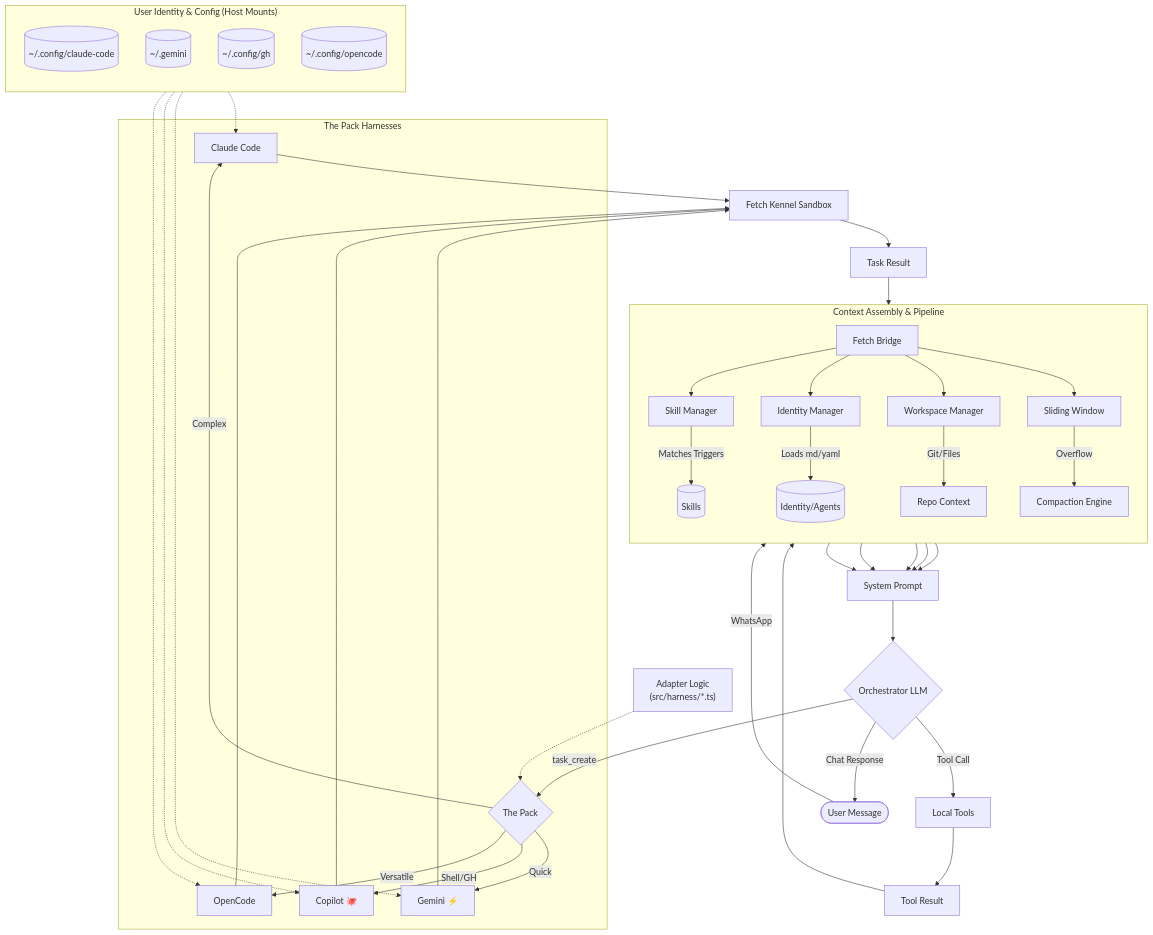
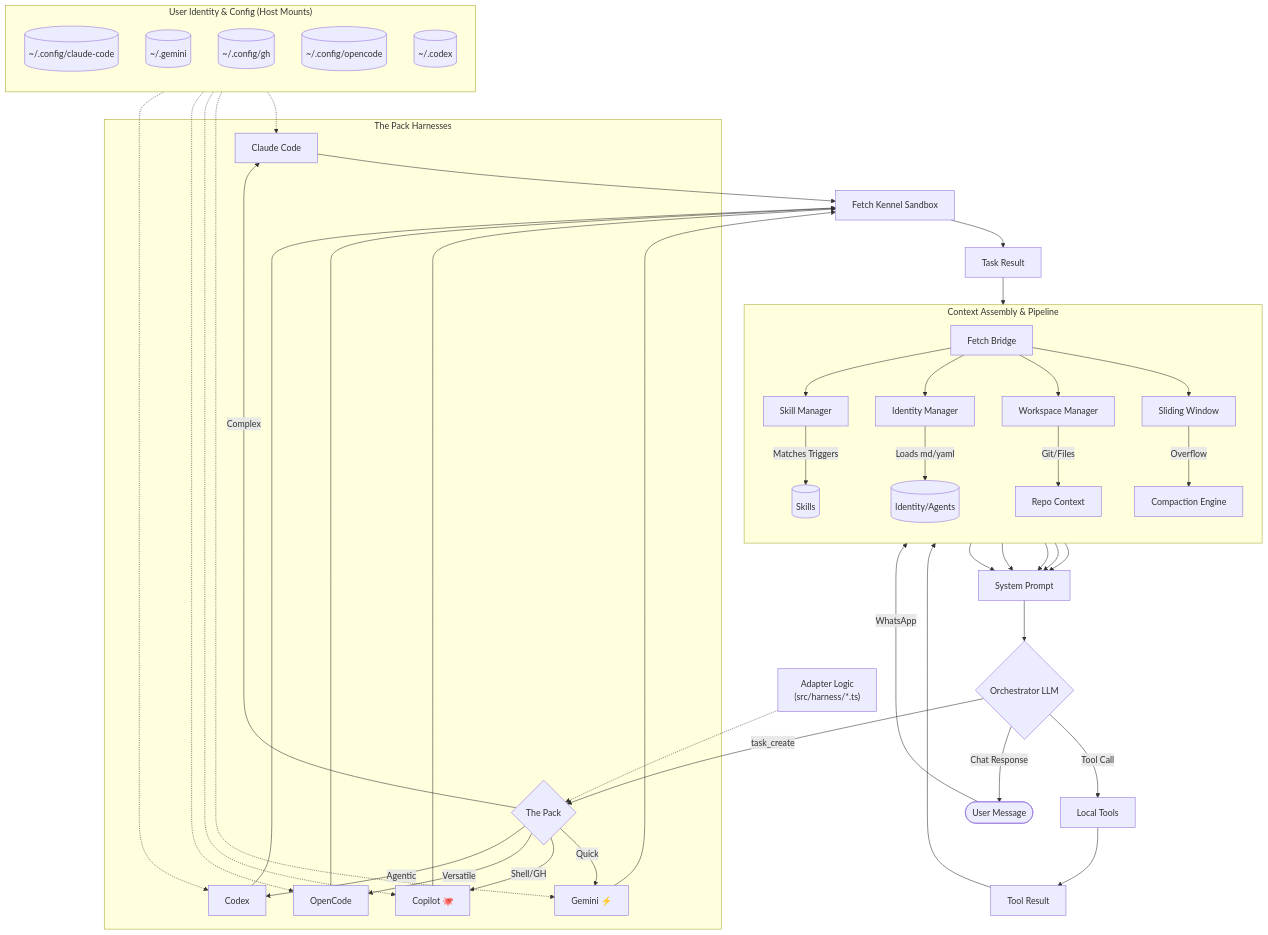
One commit to Traves-Theberge/Fetch changed the second of 3 diagrams in docs/markdown/ARCHITECTURE.md. Above: the diagram before and after it, drawn with Mermaid. The commit also changed other lines of this file and 28 other files, not shown here.

```diff
--- a/docs/markdown/ARCHITECTURE.md
+++ b/docs/markdown/ARCHITECTURE.md
@@ -92,6 +92,7 @@
         PackDecider -- Quick --> Gemini[Gemini ⚡]
         PackDecider -- Shell/GH --> Copilot[Copilot 🐙]
         PackDecider -- Versatile --> OpenCode[OpenCode]
+        PackDecider -- Agentic --> Codex[Codex]
     end
 
     %% Execution Sandbox
@@ -99,6 +100,7 @@
     Gemini --> Sandbox
     Copilot --> Sandbox
     OpenCode --> Sandbox
+    Codex --> Sandbox
 
     %% Result Loop
     Sandbox --> TaskResult[Task Result]
@@ -111,6 +113,7 @@
         ConfGemini[("~/.gemini")]
         ConfCopilot[("~/.config/gh")]
         ConfOpenCode[("~/.config/opencode")]
+        ConfCodex[("~/.codex")]
     end
 
     %% Connections for Config
@@ -118,6 +121,7 @@
     ConfGemini -.-> Gemini
     ConfCopilot -.-> Copilot
     ConfOpenCode -.-> OpenCode
+    ConfCodex -.-> Codex
 
     %% Adapter Logic Reference
     AdapterLogic["Adapter Logic<br/>(src/harness/*.ts)"] -.-> PackDecider
```
